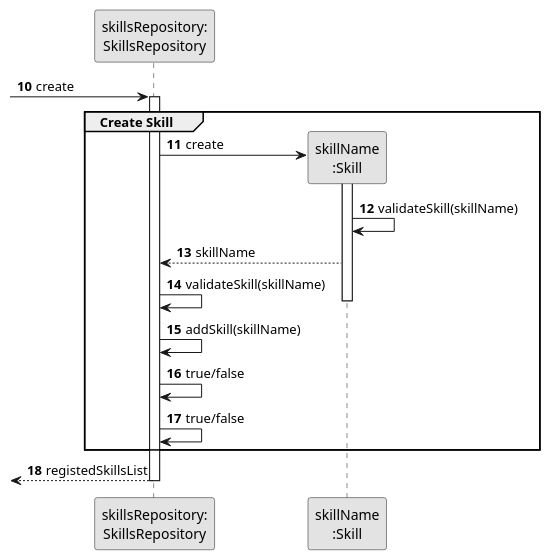
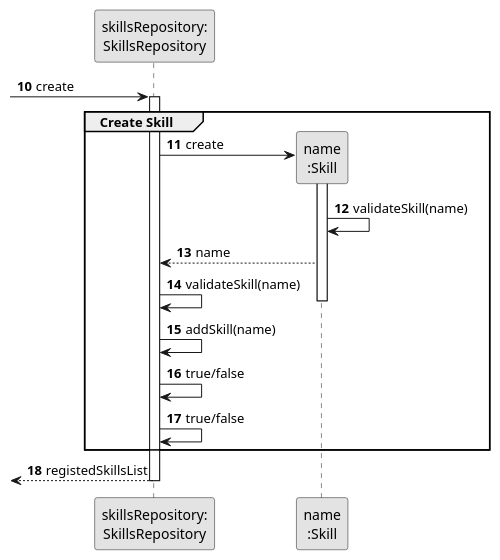
The diagram in docs/sprint2/us001/03.design/puml/us001-sequence-diagram-partial-create-skill.puml (1231360-ISEP/lei-24-s2-1db-g021), drawn with PlantUML before and after one commit. The commit also changed 36 other files, not shown here.

Commit message:
Update Domain Model All User Stories - correction of skillName - name jobName - name

```diff
--- a/docs/sprint2/us001/03.design/puml/us001-sequence-diagram-partial-create-skill.puml
+++ b/docs/sprint2/us001/03.design/puml/us001-sequence-diagram-partial-create-skill.puml
@@ -1,34 +1,34 @@
 @startuml
 skinparam monochrome true
 skinparam packageStyle rectangle
 skinparam shadowing false
 
 participant "skillsRepository:\nSkillsRepository" as SkillsRepository
-participant "skillName\n:Skill" as TAREFA
+participant "name\n:Skill" as TAREFA
 
 autonumber 10
 -> SkillsRepository: create
 
 activate SkillsRepository
     group Create Skill
 
         SkillsRepository -> TAREFA**: create
                 activate TAREFA
 
-                TAREFA -> TAREFA: validateSkill(skillName)
+                TAREFA -> TAREFA: validateSkill(name)
 
-                TAREFA --> SkillsRepository : skillName
-                SkillsRepository -> SkillsRepository: validateSkill(skillName)
+                TAREFA --> SkillsRepository : name
+                SkillsRepository -> SkillsRepository: validateSkill(name)
                 deactivate TAREFA
-                SkillsRepository -> SkillsRepository: addSkill(skillName)
+                SkillsRepository -> SkillsRepository: addSkill(name)
                 SkillsRepository -> SkillsRepository: true/false
                 SkillsRepository -> SkillsRepository: true/false
 
     end
 
     <-- SkillsRepository : registedSkillsList
 
 deactivate SkillsRepository
 
 
 @enduml
```
